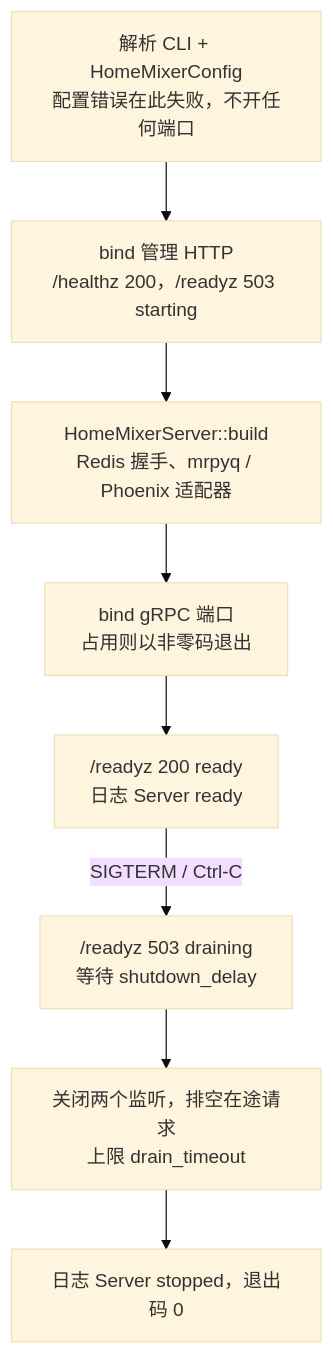
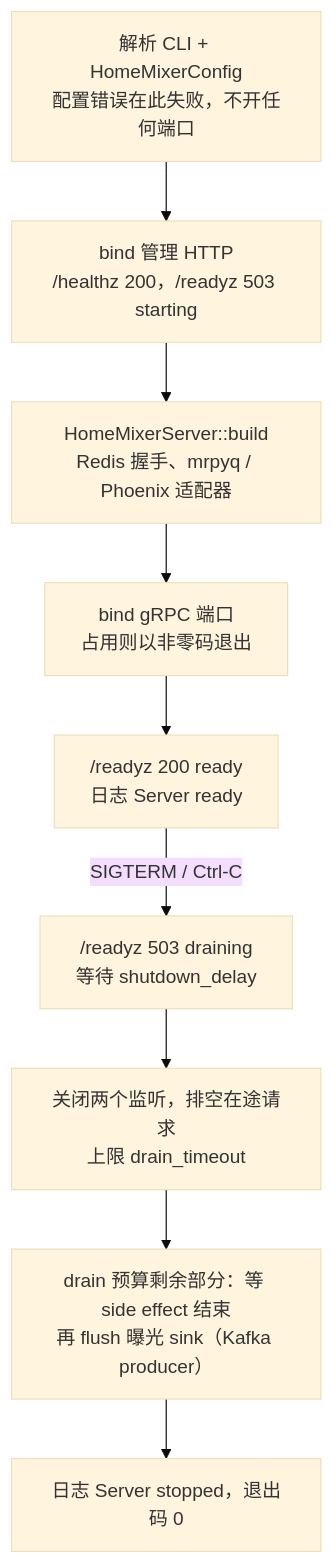
One commit to freefcw/x-algorithm changed the second of 4 diagrams in docs/home-mixer/07-config-and-params.md. Above: the diagram before and after it, drawn with Mermaid (base theme). The commit also changed other lines of this file and 7 other files, not shown here.

First line of the commit message:
docs: 同步阶段级指标、side effect 排空、uas-worker / 网关指标与镜像构建

````diff
--- a/docs/home-mixer/07-config-and-params.md
+++ b/docs/home-mixer/07-config-and-params.md
@@ -58,10 +58,11 @@
 ```mermaid
 flowchart TD
     A["解析 CLI + HomeMixerConfig<br/>配置错误在此失败，不开任何端口"] --> B["bind 管理 HTTP<br/>/healthz 200，/readyz 503 starting"]
     B --> C["HomeMixerServer::build<br/>Redis 握手、mrpyq / Phoenix 适配器"]
     C --> D["bind gRPC 端口<br/>占用则以非零码退出"]
     D --> E["/readyz 200 ready<br/>日志 Server ready"]
     E -->|SIGTERM / Ctrl-C| F["/readyz 503 draining<br/>等待 shutdown_delay"]
     F --> G["关闭两个监听，排空在途请求<br/>上限 drain_timeout"]
-    G --> H["日志 Server stopped，退出码 0"]
+    G --> G2["drain 预算剩余部分：等 side effect 结束<br/>再 flush 曝光 sink（Kafka producer）"]
+    G2 --> H["日志 Server stopped，退出码 0"]
 ```
````
